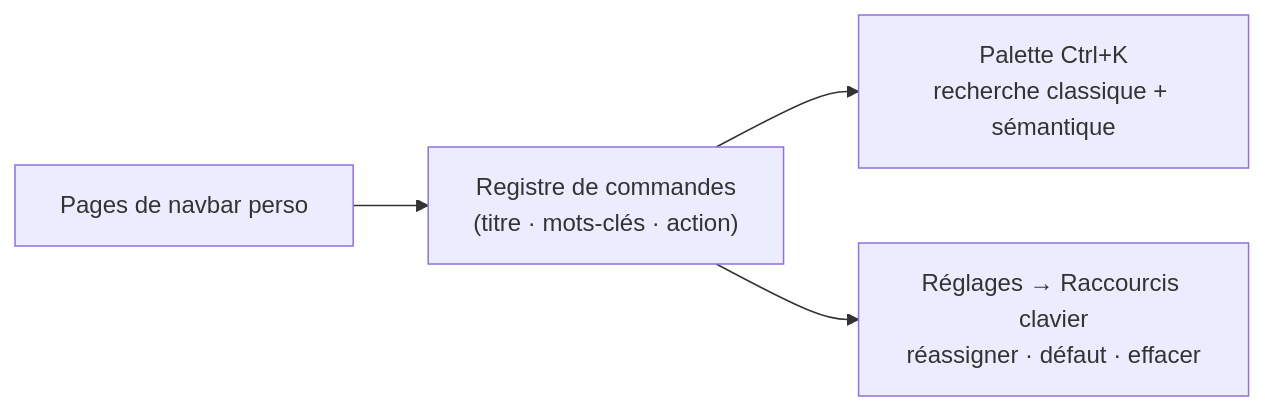
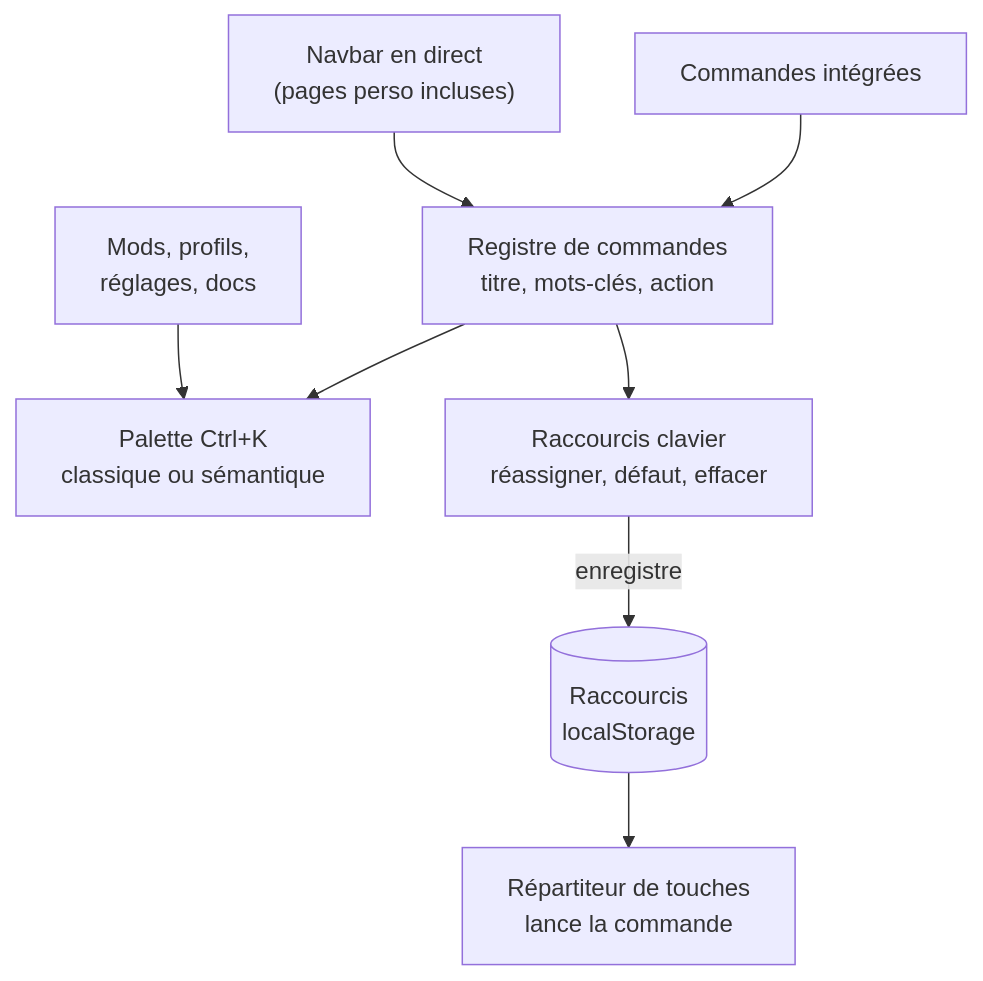
The diagram in frontend/assets/docs/fr/features/command-palette.md (FreeProject089/BetterModsManager), drawn with Mermaid before and after one commit. The commit also changed other lines of this file and 176 other files, not shown here.

````diff
--- a/frontend/assets/docs/fr/features/command-palette.md
+++ b/frontend/assets/docs/fr/features/command-palette.md
@@ -40,6 +40,10 @@
 ```mermaid
-flowchart LR
-    REG["Registre de commandes<br/>(titre · mots-clés · action)"] --> PAL["Palette Ctrl+K<br/>recherche classique + sémantique"]
-    REG --> KEY["Réglages → Raccourcis clavier<br/>réassigner · défaut · effacer"]
-    NAV["Pages de navbar perso"] --> REG
+flowchart TD
+    CORE["Commandes intégrées"] --> REG["Registre de commandes<br/>titre, mots-clés, action"]
+    NAV["Navbar en direct<br/>(pages perso incluses)"] --> REG
+    REG --> PAL["Palette Ctrl+K<br/>classique ou sémantique"]
+    OTHER["Mods, profils,<br/>réglages, docs"] --> PAL
+    REG --> KEY["Raccourcis clavier<br/>réassigner, défaut, effacer"]
+    KEY -- "enregistre" --> BIND[("Raccourcis<br/>localStorage")]
+    BIND --> DISP["Répartiteur de touches<br/>lance la commande"]
 ```
````
